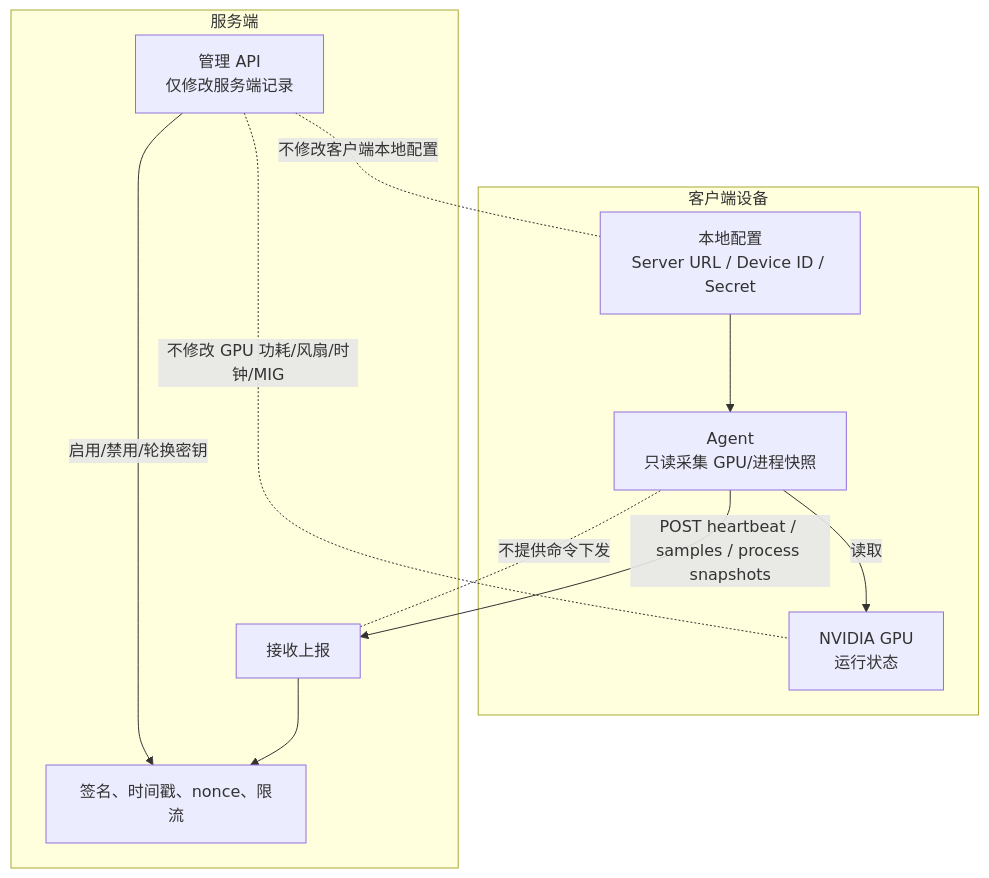
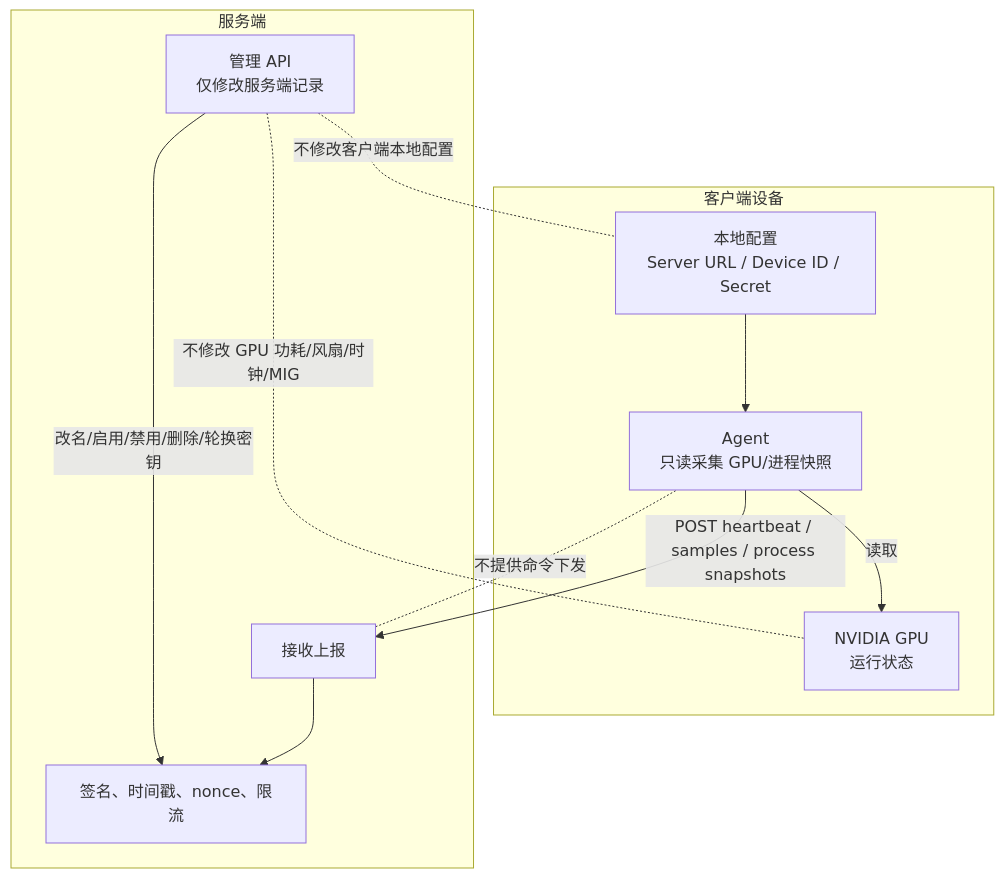
One commit to stlin256/GPU-Fleet changed the second of 8 diagrams in README.md. Above: the diagram before and after it, drawn with Mermaid. The commit also changed other lines of this file and 18 other files, not shown here.

````diff
--- a/README.md
+++ b/README.md
@@ -79,24 +79,24 @@
 ```mermaid
 flowchart TB
   subgraph "客户端设备"
     Agent["Agent\n只读采集 GPU/进程快照"]
     LocalConfig["本地配置\nServer URL / Device ID / Secret"]
     GPU["NVIDIA GPU\n运行状态"]
   end
 
   subgraph "服务端"
     Receive["接收上报"]
     Verify["签名、时间戳、nonce、限流"]
     Admin["管理 API\n仅修改服务端记录"]
   end
 
   Agent -->|"读取"| GPU
   LocalConfig --> Agent
   Agent -->|"POST heartbeat / samples / process snapshots"| Receive
   Receive --> Verify
-  Admin -->|"启用/禁用/轮换密钥"| Verify
+  Admin -->|"改名/启用/禁用/删除/轮换密钥"| Verify
 
   Receive -. "不提供命令下发" .- Agent
   Admin -. "不修改客户端本地配置" .- LocalConfig
   Admin -. "不修改 GPU 功耗/风扇/时钟/MIG" .- GPU
 ```
````
